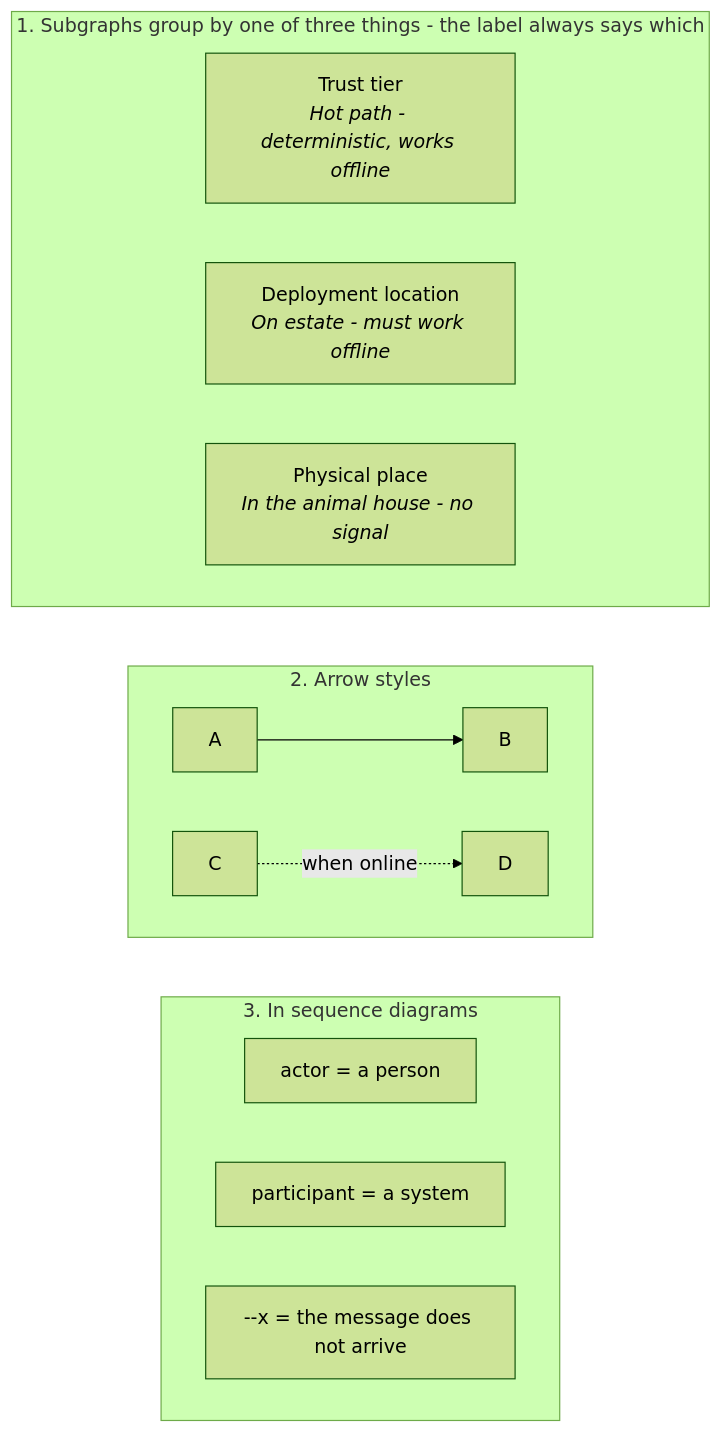
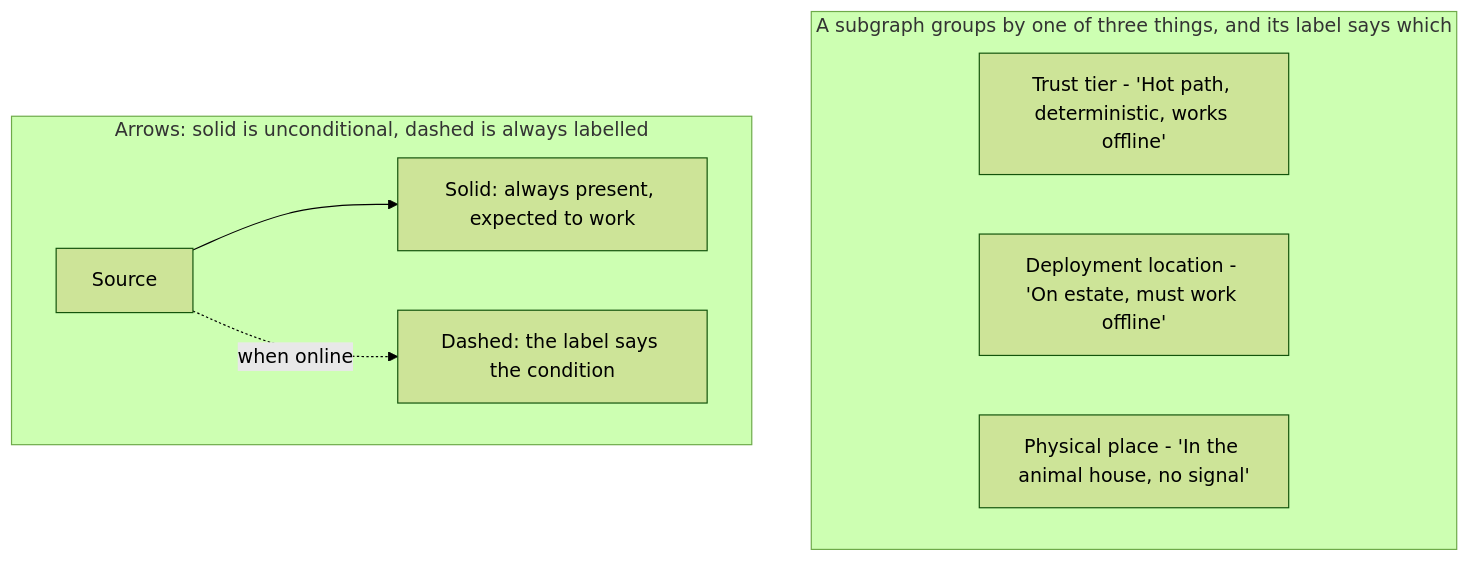
The diagram in diagrams/legend.md (pytlikk/SW_people_AK), drawn with Mermaid (forest theme) before and after one commit. The commit also changed other lines of this file and 14 other files, not shown here.

````diff
--- a/diagrams/legend.md
+++ b/diagrams/legend.md
@@ -15,24 +15,12 @@
 ```mermaid
 flowchart TB
-  subgraph tiers ["1. Subgraphs group by one of three things - the label always says which"]
-    direction LR
-    t1["Trust tier<br/><i>Hot path - deterministic, works offline</i>"]
-    t2["Deployment location<br/><i>On estate - must work offline</i>"]
-    t3["Physical place<br/><i>In the animal house - no signal</i>"]
+  subgraph tiers ["A subgraph groups by one of three things, and its label says which"]
+    t1["Trust tier - 'Hot path, deterministic, works offline'"]
+    t2["Deployment location - 'On estate, must work offline'"]
+    t3["Physical place - 'In the animal house, no signal'"]
   end
-
-  subgraph arrows ["2. Arrow styles"]
-    direction LR
-    a1["A"] --> a2["B"]
-    a3["C"] -.->|"when online"| a4["D"]
+  subgraph arrows ["Arrows: solid is unconditional, dashed is always labelled"]
+    a1["Source"] --> a2["Solid: always present, expected to work"]
+    a1 -.->|"when online"| a3["Dashed: the label says the condition"]
   end
-
-  subgraph seq ["3. In sequence diagrams"]
-    direction LR
-    s1["actor = a person"]
-    s2["participant = a system"]
-    s3["--x = the message does not arrive"]
-  end
-
-  tiers ~~~ arrows ~~~ seq
 ```
````
